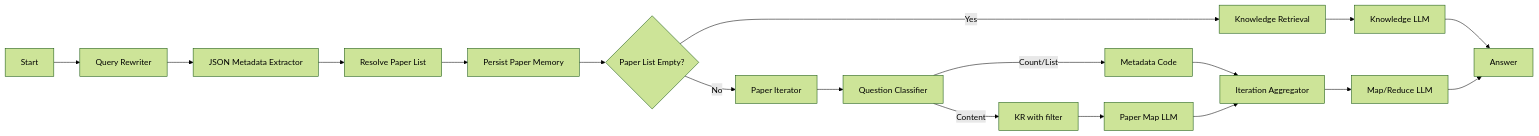
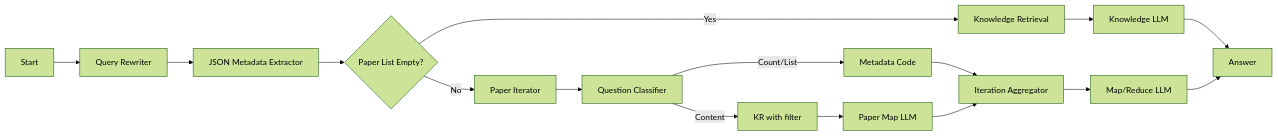
One commit to dieterich-lab/RmapDifyChatbot changed the second of 2 diagrams in README.md. Above: the diagram before and after it, drawn with Mermaid (forest theme). The commit also changed other lines of this file and 1 other file, not shown here.

Commit message:
Harden map-reduce follow-ups and fix first-two summary flow

````diff
--- a/README.md
+++ b/README.md
@@ -32,22 +32,20 @@
 ```mermaid
 flowchart LR
 		A[Start] --> B[Query Rewriter]
 		B --> C[JSON Metadata Extractor]
-		C --> D[Resolve Paper List]
-		D --> E[Persist Paper Memory]
-		E --> F{Paper List Empty?}
+		C --> F{Paper List Empty?}
 
 		F -->|Yes| G[Knowledge Retrieval]
 		G --> H[Knowledge LLM]
 		H --> Z[Answer]
 
 		F -->|No| I[Paper Iterator]
 		I --> J[Question Classifier]
 		J -->|Count/List| K[Metadata Code]
 		J -->|Content| L[KR with filter]
 		L --> M[Paper Map LLM]
 		K --> N[Iteration Aggregator]
 		M --> N
 		N --> O[Map/Reduce LLM]
 		O --> Z
 ```
````
